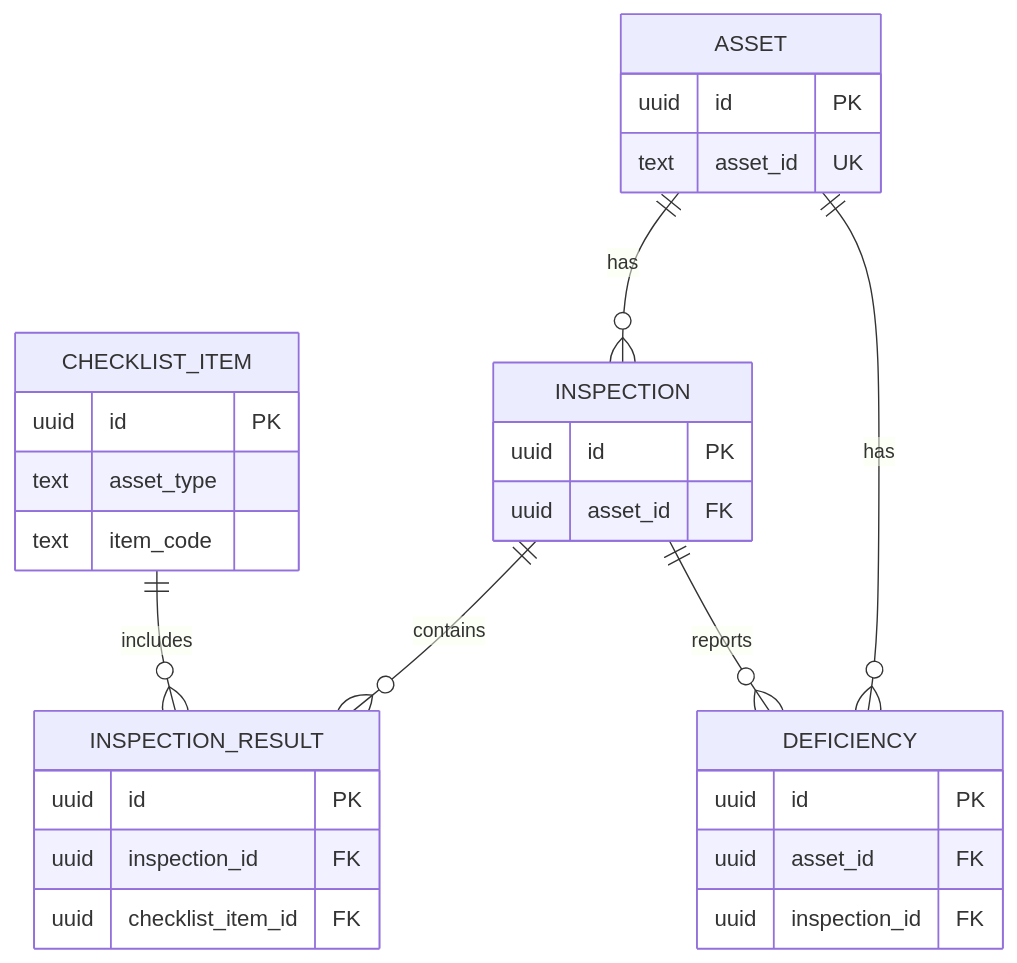
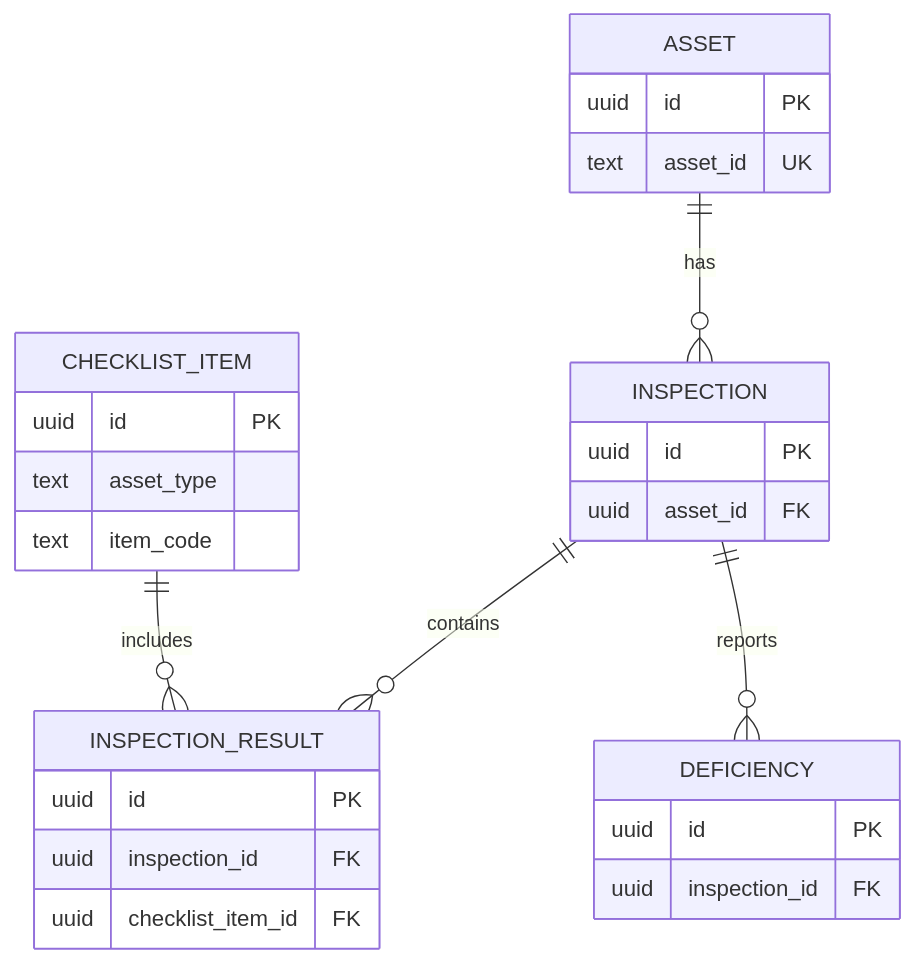
The diagram in docs/data-api-design.md (quinnclayburn/Fall26SysDesignTeam6), drawn with Mermaid before and after one commit. The commit also changed other lines of this file, not shown here.

Commit message:
Complete 3NF normalization and update FieldWorks ERD
Completed the 3NF normalization check, removed the redundant asset_id field from Deficiency, and updated the ERD to reflect the revised relationships. Verified consistency across all five FieldWorks entities.

````diff
--- a/docs/data-api-design.md
+++ b/docs/data-api-design.md
@@ -105,37 +105,35 @@
 ```mermaid
 erDiagram
     ASSET ||--o{ INSPECTION : has
-    ASSET ||--o{ DEFICIENCY : has
     INSPECTION ||--o{ INSPECTION_RESULT : contains
     INSPECTION ||--o{ DEFICIENCY : reports
     CHECKLIST_ITEM ||--o{ INSPECTION_RESULT : includes
 
     ASSET {
         uuid id PK
         text asset_id UK
     }
 
     CHECKLIST_ITEM {
         uuid id PK
         text asset_type
         text item_code
     }
 
     INSPECTION {
         uuid id PK
         uuid asset_id FK
     }
 
     INSPECTION_RESULT {
         uuid id PK
         uuid inspection_id FK
         uuid checklist_item_id FK
     }
 
 
     DEFICIENCY {
         uuid id PK
-        uuid asset_id FK
         uuid inspection_id FK
     }
 ```
````
